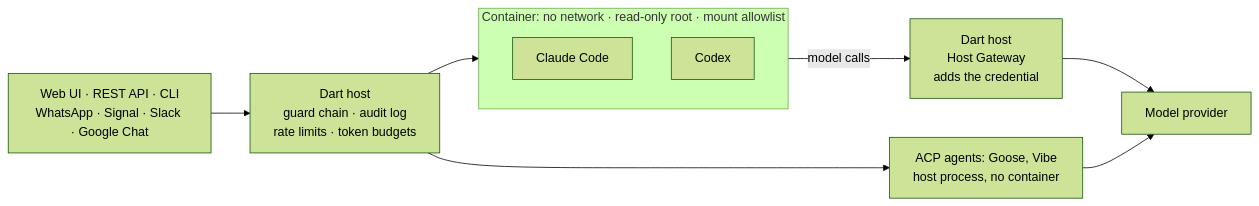
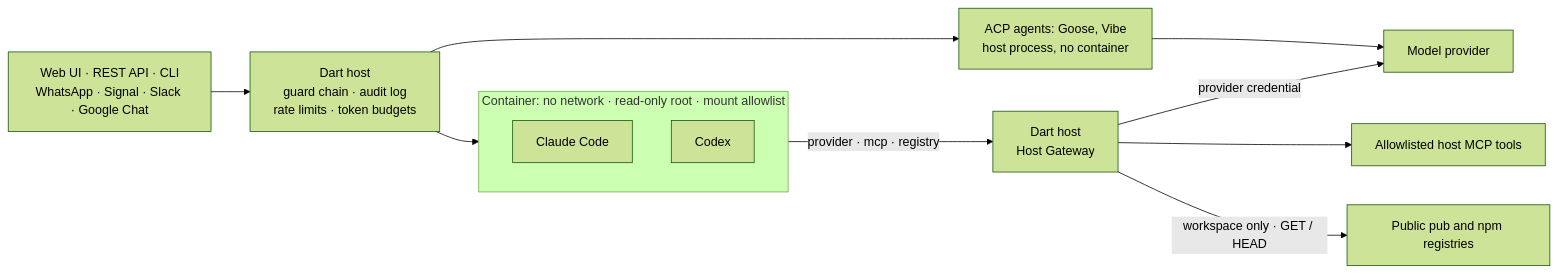
Before and after one commit to DartClaw/dartclaw: the diagram in README.md, drawn with Mermaid (forest theme). The commit also changed other lines of this file and 36 other files, not shown here.

````diff
--- a/README.md
+++ b/README.md
@@ -164,18 +164,22 @@
 ```mermaid
 flowchart LR
   IN["Web UI · REST API · CLI<br/>WhatsApp · Signal · Slack · Google Chat"]
   GC["Dart host<br/>guard chain · audit log<br/>rate limits · token budgets"]
   subgraph BOX["Container: no network · read-only root · mount allowlist"]
     CL["Claude Code"]
     CX["Codex"]
   end
-  HG["Dart host<br/>Host Gateway<br/>adds the credential"]
+  HG["Dart host<br/>Host Gateway"]
   ACP["ACP agents: Goose, Vibe<br/>host process, no container"]
   LLM["Model provider"]
+  MCP["Allowlisted host MCP tools"]
+  PKG["Public pub and npm registries"]
   IN --> GC
   GC --> BOX
-  BOX -- "model calls" --> HG
-  HG --> LLM
+  BOX -- "provider · mcp · registry" --> HG
+  HG -- "provider credential" --> LLM
+  HG --> MCP
+  HG -- "workspace only · GET / HEAD" --> PKG
   GC --> ACP
   ACP --> LLM
 ```
````
